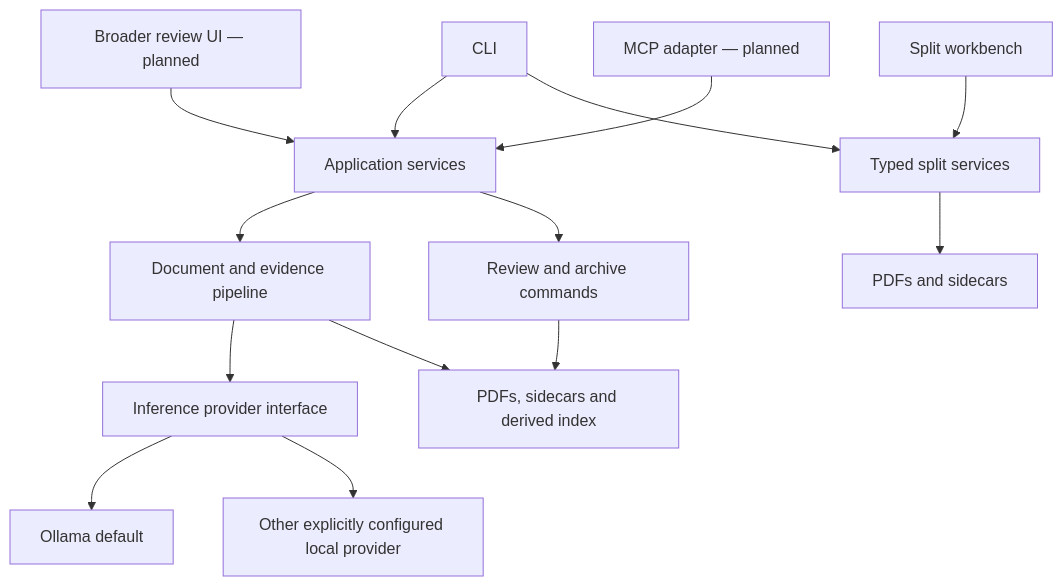
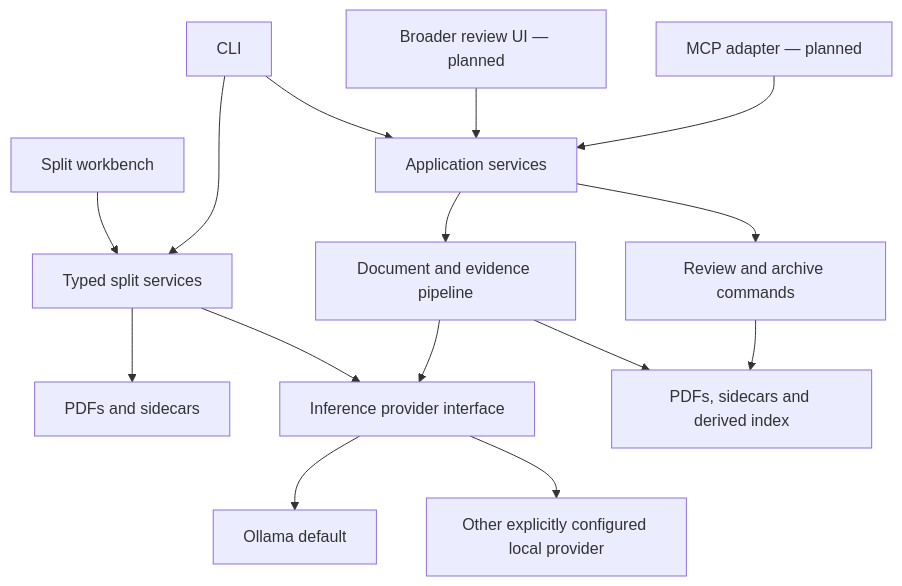
The fourth of 4 diagrams in docs/architecture.md (cgars/aktenfux), drawn with Mermaid before and after one commit. The commit also changed other lines of this file and 15 other files, not shown here.

````diff
--- a/docs/architecture.md
+++ b/docs/architecture.md
@@ -244,16 +248,17 @@
 ```mermaid
 flowchart TD
     CLI["CLI"] --> APP["Application services"]
     UI["Split workbench"] --> SPLIT["Typed split services"]
     REVIEW["Broader review UI — planned"] --> APP
     MCP["MCP adapter — planned"] --> APP
     CLI --> SPLIT
     APP --> DOC["Document and evidence pipeline"]
     APP --> COMMANDS["Review and archive commands"]
     SPLIT --> STORE["PDFs and sidecars"]
+    SPLIT --> INF
     DOC --> INF["Inference provider interface"]
     INF --> OLLAMA["Ollama default"]
     INF --> LOCAL["Other explicitly configured local provider"]
     DOC --> DATA["PDFs, sidecars and derived index"]
     COMMANDS --> DATA
 ```
````
